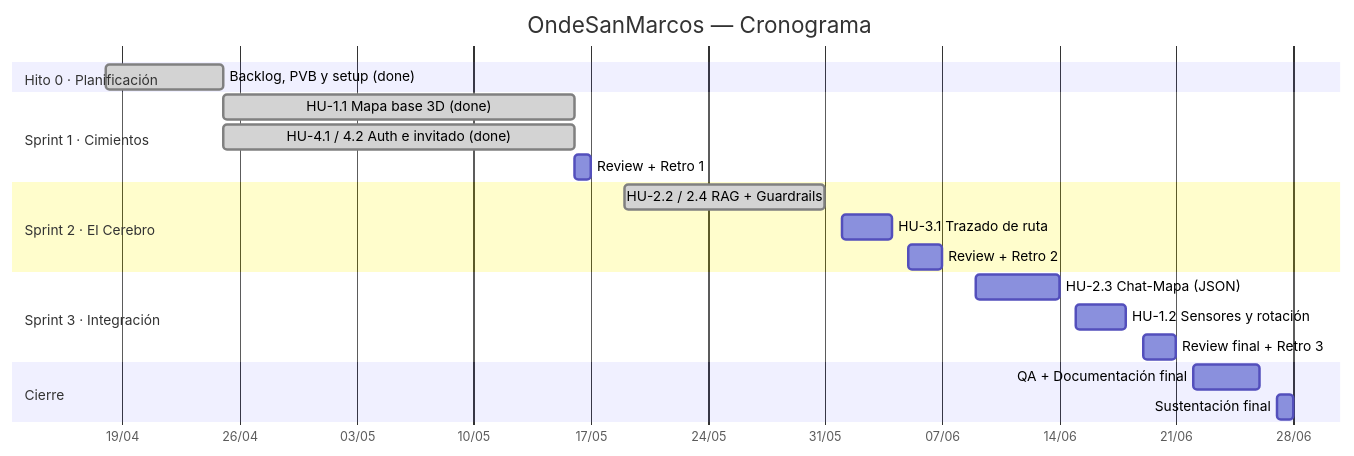
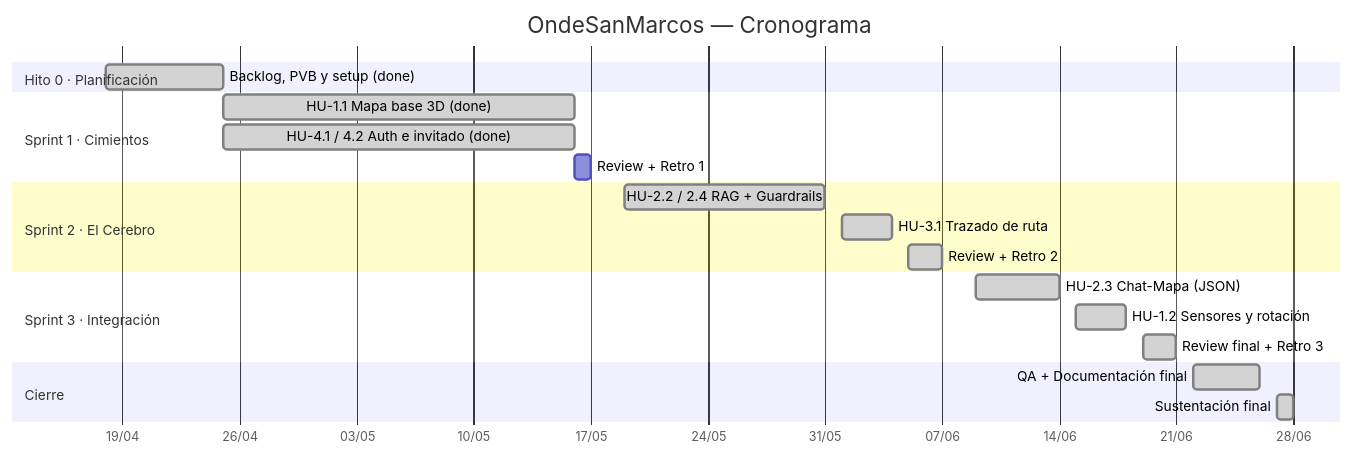
Before and after one commit to frank777ch/OndeSanMarcos: the second of 2 diagrams in documents/06-backlog-y-roadmap.md, drawn with Mermaid. The commit also changed other lines of this file and 6 other files, not shown here.

````diff
--- a/documents/06-backlog-y-roadmap.md
+++ b/documents/06-backlog-y-roadmap.md
@@ -90,28 +90,28 @@
 ```mermaid
 gantt
     title OndeSanMarcos — Cronograma
     dateFormat YYYY-MM-DD
     axisFormat %d/%m
 
     section Hito 0 · Planificación
     Backlog, PVB y setup (done)        :done, h0, 2026-04-18, 2026-04-25
 
     section Sprint 1 · Cimientos
     HU-1.1 Mapa base 3D (done)         :done, s11, 2026-04-25, 2026-05-16
     HU-4.1 / 4.2 Auth e invitado (done):done, s12, 2026-04-25, 2026-05-16
     Review + Retro 1                   :s13, 2026-05-16, 2026-05-17
 
     section Sprint 2 · El Cerebro
     HU-2.2 / 2.4 RAG + Guardrails      :done, s21, 2026-05-19, 2026-05-31
-    HU-3.1 Trazado de ruta             :s22, 2026-06-01, 2026-06-04
-    Review + Retro 2                   :s23, 2026-06-05, 2026-06-07
+    HU-3.1 Trazado de ruta             :done, s22, 2026-06-01, 2026-06-04
+    Review + Retro 2                   :done, s23, 2026-06-05, 2026-06-07
 
     section Sprint 3 · Integración
-    HU-2.3 Chat-Mapa (JSON)            :s31, 2026-06-09, 2026-06-14
-    HU-1.2 Sensores y rotación         :s32, 2026-06-15, 2026-06-18
-    Review final + Retro 3             :s33, 2026-06-19, 2026-06-21
+    HU-2.3 Chat-Mapa (JSON)            :done, s31, 2026-06-09, 2026-06-14
+    HU-1.2 Sensores y rotación         :done, s32, 2026-06-15, 2026-06-18
+    Review final + Retro 3             :done, s33, 2026-06-19, 2026-06-21
 
     section Cierre
-    QA + Documentación final           :c1, 2026-06-22, 2026-06-26
-    Sustentación final                 :c2, 2026-06-27, 2026-06-28
+    QA + Documentación final           :done, c1, 2026-06-22, 2026-06-26
+    Sustentación final                 :done, c2, 2026-06-27, 2026-06-28
 ```
````
